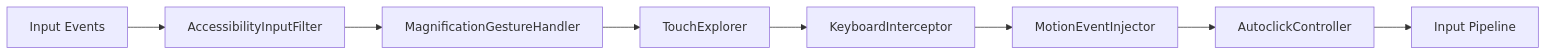
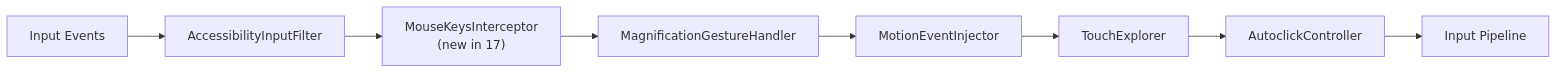
One commit to aospbooks/aosp-internal-book changed diagram 17 of 22 in agents/claude/skills/aosp-ui-framework/45-accessibility.md. Above: the diagram before and after it, drawn with Mermaid. The commit also changed other lines of this file and 232 other files, not shown here.

````diff
--- a/agents/claude/skills/aosp-ui-framework/45-accessibility.md
+++ b/agents/claude/skills/aosp-ui-framework/45-accessibility.md
@@ -2360,10 +2480,10 @@
 ```mermaid
 flowchart LR
     Input["Input Events"] --> AIF["AccessibilityInputFilter"]
-    AIF --> MagGH["MagnificationGestureHandler"]
-    MagGH --> TE["TouchExplorer"]
-    TE --> KBI["KeyboardInterceptor"]
-    KBI --> MEI["MotionEventInjector"]
-    MEI --> AC["AutoclickController"]
+    AIF --> MK["MouseKeysInterceptor<br/>(new in 17)"]
+    MK --> MagGH["MagnificationGestureHandler"]
+    MagGH --> MEI["MotionEventInjector"]
+    MEI --> TE["TouchExplorer"]
+    TE --> AC["AutoclickController"]
     AC --> Output["Input Pipeline"]
 ```
````
